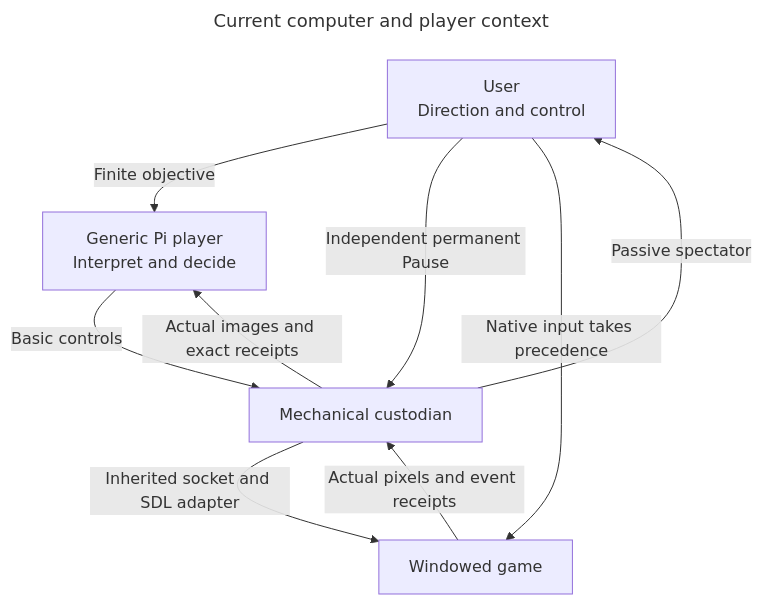
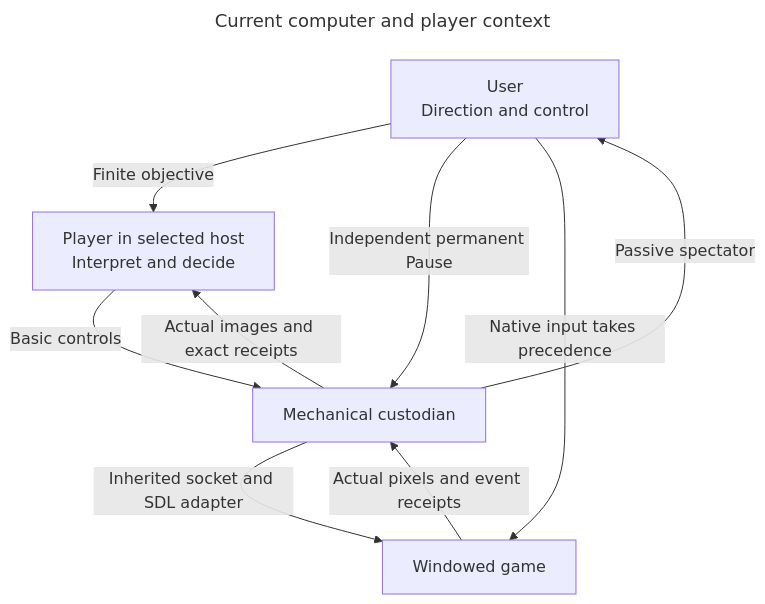
The diagram in docs/diagrams/context.mmd (CVX-Hull/enactive), drawn with Mermaid before and after one commit. The commit also changed 70 other files, not shown here.

First line of the commit message:
Make the player host and coding agent substitutable behind host-neutral contracts (#305)

```diff
--- a/docs/diagrams/context.mmd
+++ b/docs/diagrams/context.mmd
@@ -1,14 +1,14 @@
 ---
 title: Current computer and player context
 ---
 flowchart TB
   accTitle: Current computer and player context
   accDescr: Logical boundaries. A designated player interprets actual images and submits basic controls through one custodian. The SDL adapter uses an inherited socket, not file IPC. The user watches actual images and can independently Pause or use the native window. Claims never certify effects.
-U["User<br/>Direction and control"] -->|"Finite objective"| P["Generic Pi player<br/>Interpret and decide"]
+U["User<br/>Direction and control"] -->|"Finite objective"| P["Player in selected host<br/>Interpret and decide"]
   P -->|"Basic controls"| C["Mechanical custodian"]
   C -->|"Actual images and exact receipts"| P
   C -->|"Inherited socket and SDL adapter"| G["Windowed game"]
   G -->|"Actual pixels and event receipts"| C
   C -->|"Passive spectator"| U
   U -->|"Independent permanent Pause"| C
   U -->|"Native input takes precedence"| G
```
